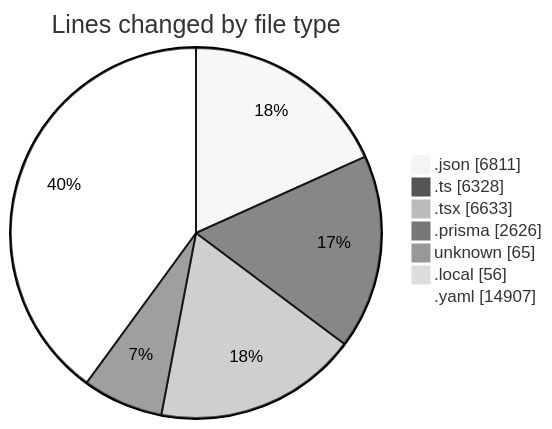
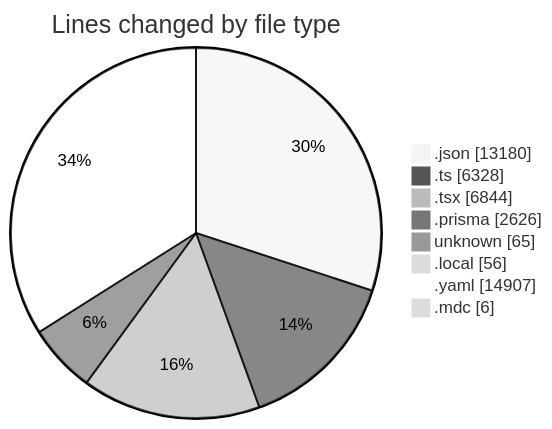
The first of 2 diagrams in 2025-05-15/ecodeli-1/README.md (CELIANVF/code-tracking), drawn with Mermaid (neutral theme) before and after one commit. The commit also changed other lines of this file and 1 other file, not shown here.

````diff
--- a/2025-05-15/ecodeli-1/README.md
+++ b/2025-05-15/ecodeli-1/README.md
@@ -60,11 +63,12 @@
 ```mermaid
 pie showData
 title Lines changed by file type
-".json" : 6811
+".json" : 13180
 ".ts" : 6328
-".tsx" : 6633
+".tsx" : 6844
 ".prisma" : 2626
 "unknown" : 65
 ".local" : 56
 ".yaml" : 14907
+".mdc" : 6
 ```
````
